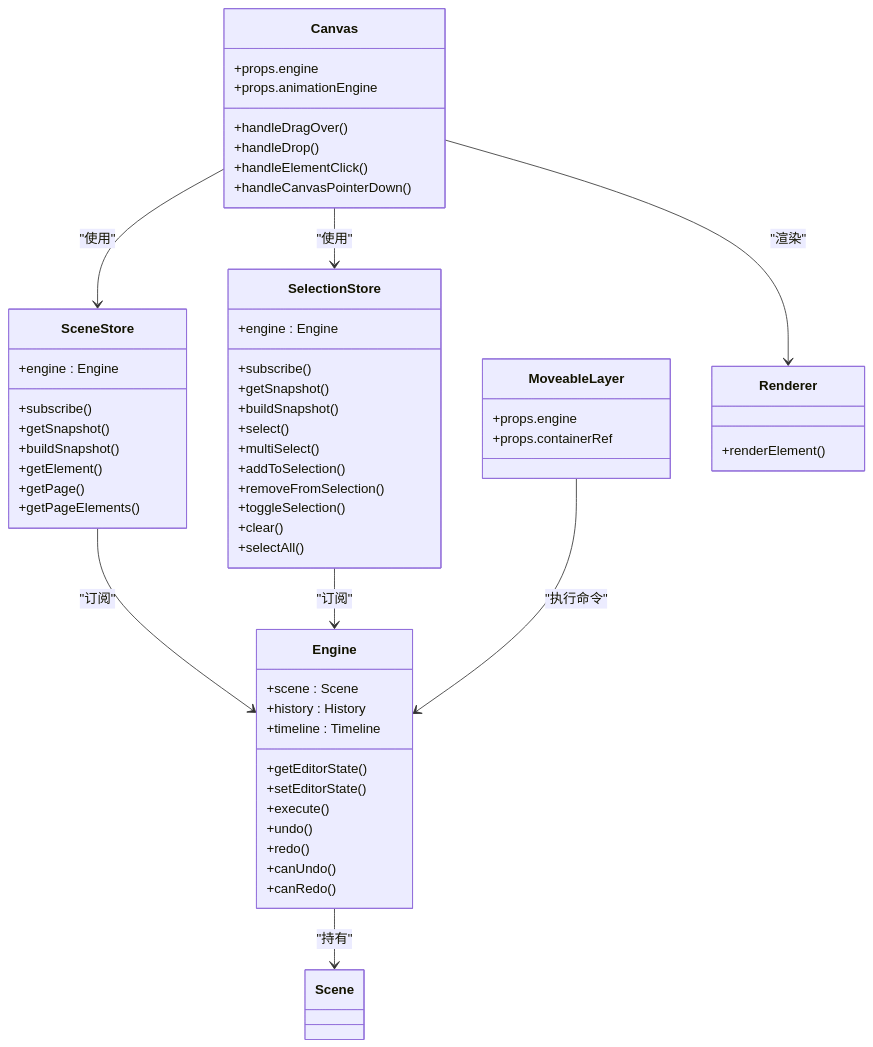
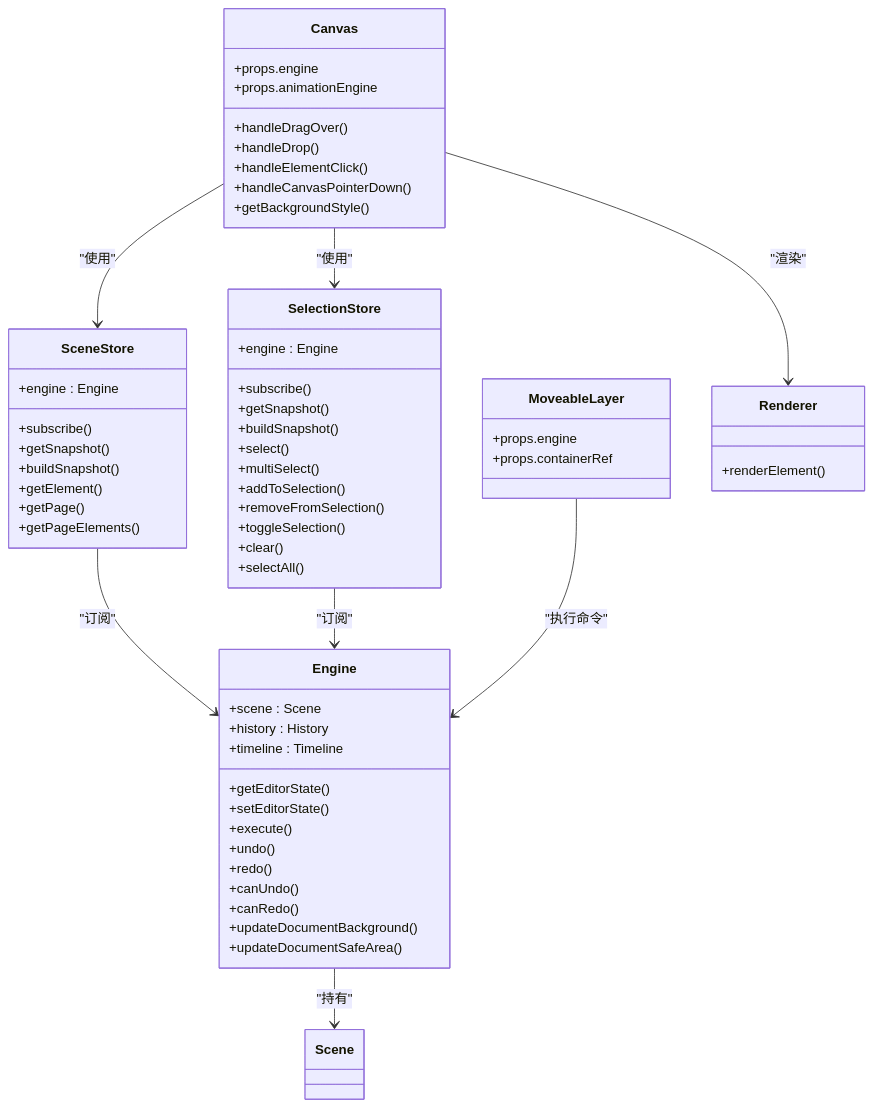
Before and after one commit to Anna0314zy/ai_editor_enginer: the fifth of 5 diagrams in .qoder/repowiki/zh/content/UI组件系统/画布组件 (Canvas).md, drawn with Mermaid. The commit also changed other lines of this file and 12 other files, not shown here.

Commit message:
Feat: 增加图形

````diff
--- a/.qoder/repowiki/zh/content/UI组件系统/画布组件 (Canvas).md
+++ b/.qoder/repowiki/zh/content/UI组件系统/画布组件 (Canvas).md
@@ -353,59 +417,62 @@
 ```mermaid
 classDiagram
 class Engine {
 +scene : Scene
 +history : History
 +timeline : Timeline
 +getEditorState()
 +setEditorState()
 +execute()
 +undo()
 +redo()
 +canUndo()
 +canRedo()
++updateDocumentBackground()
++updateDocumentSafeArea()
 }
 class SceneStore {
 +engine : Engine
 +subscribe()
 +getSnapshot()
 +buildSnapshot()
 +getElement()
 +getPage()
 +getPageElements()
 }
 class SelectionStore {
 +engine : Engine
 +subscribe()
 +getSnapshot()
 +buildSnapshot()
 +select()
 +multiSelect()
 +addToSelection()
 +removeFromSelection()
 +toggleSelection()
 +clear()
 +selectAll()
 }
 class Canvas {
 +props.engine
 +props.animationEngine
 +handleDragOver()
 +handleDrop()
 +handleElementClick()
 +handleCanvasPointerDown()
++getBackgroundStyle()
 }
 class MoveableLayer {
 +props.engine
 +props.containerRef
 }
 class Renderer {
 +renderElement()
 }
 Engine --> Scene : "持有"
 SceneStore --> Engine : "订阅"
 SelectionStore --> Engine : "订阅"
 Canvas --> SceneStore : "使用"
 Canvas --> SelectionStore : "使用"
 Canvas --> Renderer : "渲染"
 MoveableLayer --> Engine : "执行命令"
 ```
````
